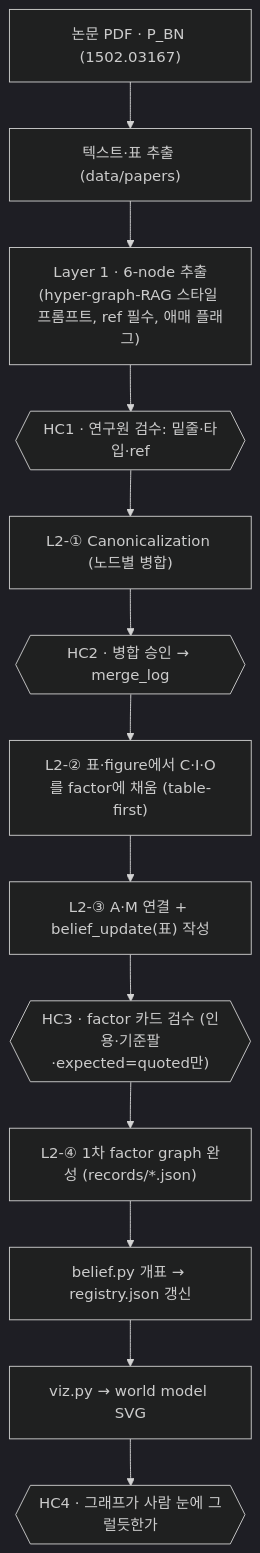
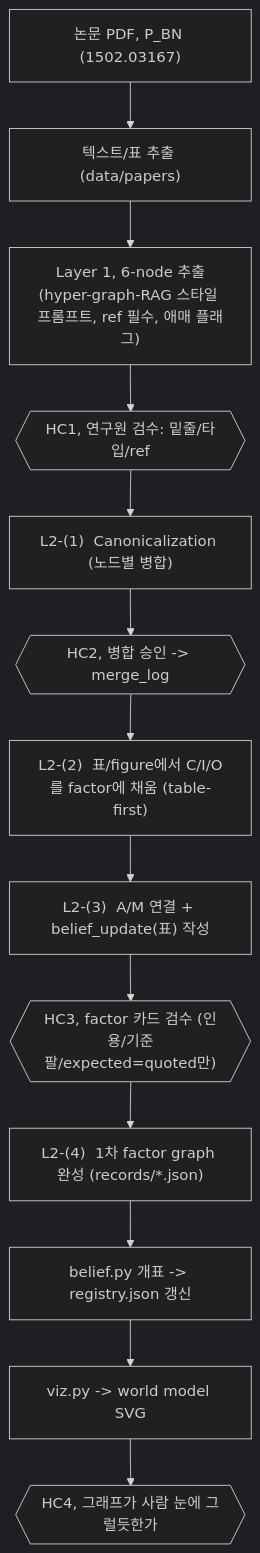
One commit to JooKyung-Yuh/AIO-System changed the first of 2 diagrams in docs/key_ideas.md. Above: the diagram before and after it, drawn with Mermaid (dark theme). The commit also changed other lines of this file, not shown here.

````diff
--- a/docs/key_ideas.md
+++ b/docs/key_ideas.md
@@ -155,15 +155,15 @@
 ```mermaid
 flowchart TD
-  P["논문 PDF · P_BN (1502.03167)"] --> T["텍스트·표 추출 (data/papers)"]
-  T --> L1["Layer 1 · 6-node 추출<br/>(hyper-graph-RAG 스타일 프롬프트, ref 필수, 애매 플래그)"]
-  L1 --> HC1{{"HC1 · 연구원 검수: 밑줄·타입·ref"}}
-  HC1 --> CAN["L2-① Canonicalization (노드별 병합)"]
-  CAN --> HC2{{"HC2 · 병합 승인 → merge_log"}}
-  HC2 --> CIO["L2-② 표·figure에서 C·I·O를 factor에 채움 (table-first)"]
-  CIO --> AM["L2-③ A·M 연결 + belief_update(표) 작성"]
-  AM --> HC3{{"HC3 · factor 카드 검수 (인용·기준팔·expected=quoted만)"}}
-  HC3 --> G["L2-④ 1차 factor graph 완성 (records/*.json)"]
-  G --> B["belief.py 개표 → registry.json 갱신"]
-  B --> V["viz.py → world model SVG"]
-  V --> HC4{{"HC4 · 그래프가 사람 눈에 그럴듯한가"}}
+  P["논문 PDF, P_BN (1502.03167)"] --> T["텍스트/표 추출 (data/papers)"]
+  T --> L1["Layer 1, 6-node 추출<br/>(hyper-graph-RAG 스타일 프롬프트, ref 필수, 애매 플래그)"]
+  L1 --> HC1{{"HC1, 연구원 검수: 밑줄/타입/ref"}}
+  HC1 --> CAN["L2-(1)  Canonicalization (노드별 병합)"]
+  CAN --> HC2{{"HC2, 병합 승인 -> merge_log"}}
+  HC2 --> CIO["L2-(2)  표/figure에서 C/I/O를 factor에 채움 (table-first)"]
+  CIO --> AM["L2-(3)  A/M 연결 + belief_update(표) 작성"]
+  AM --> HC3{{"HC3, factor 카드 검수 (인용/기준팔/expected=quoted만)"}}
+  HC3 --> G["L2-(4)  1차 factor graph 완성 (records/*.json)"]
+  G --> B["belief.py 개표 -> registry.json 갱신"]
+  B --> V["viz.py -> world model SVG"]
+  V --> HC4{{"HC4, 그래프가 사람 눈에 그럴듯한가"}}
 ```
````
